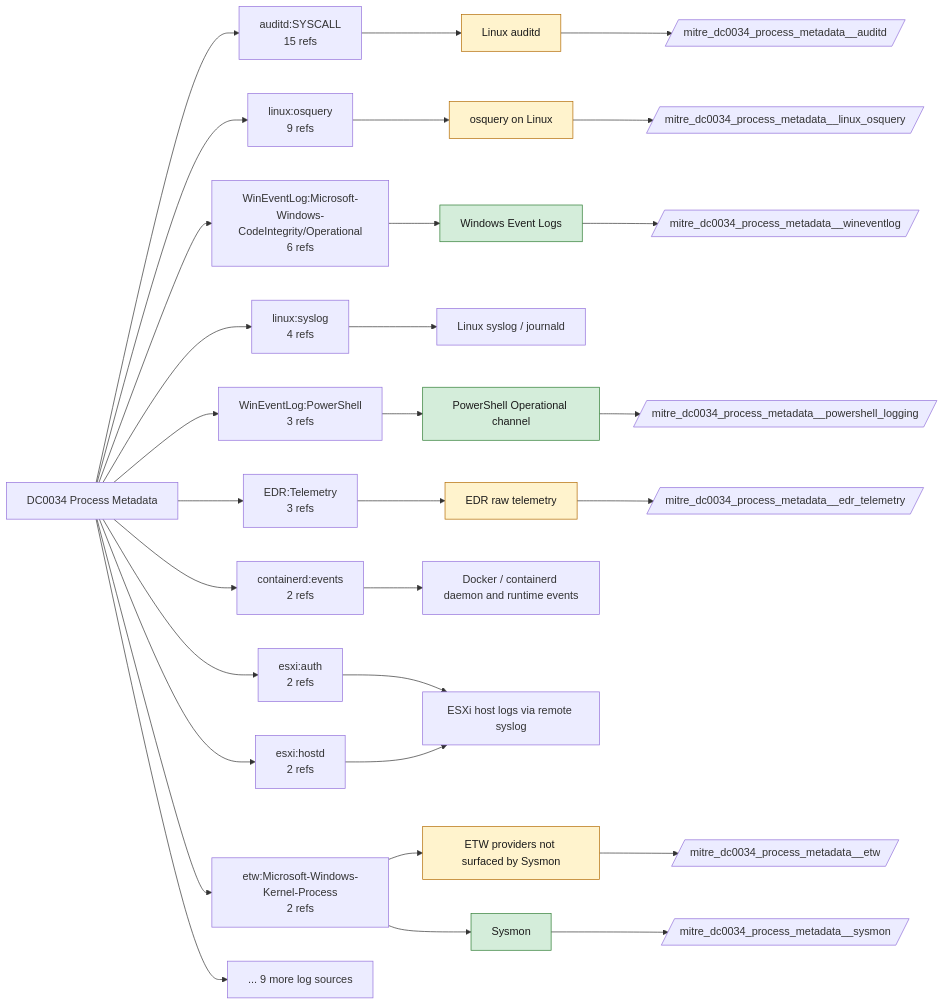
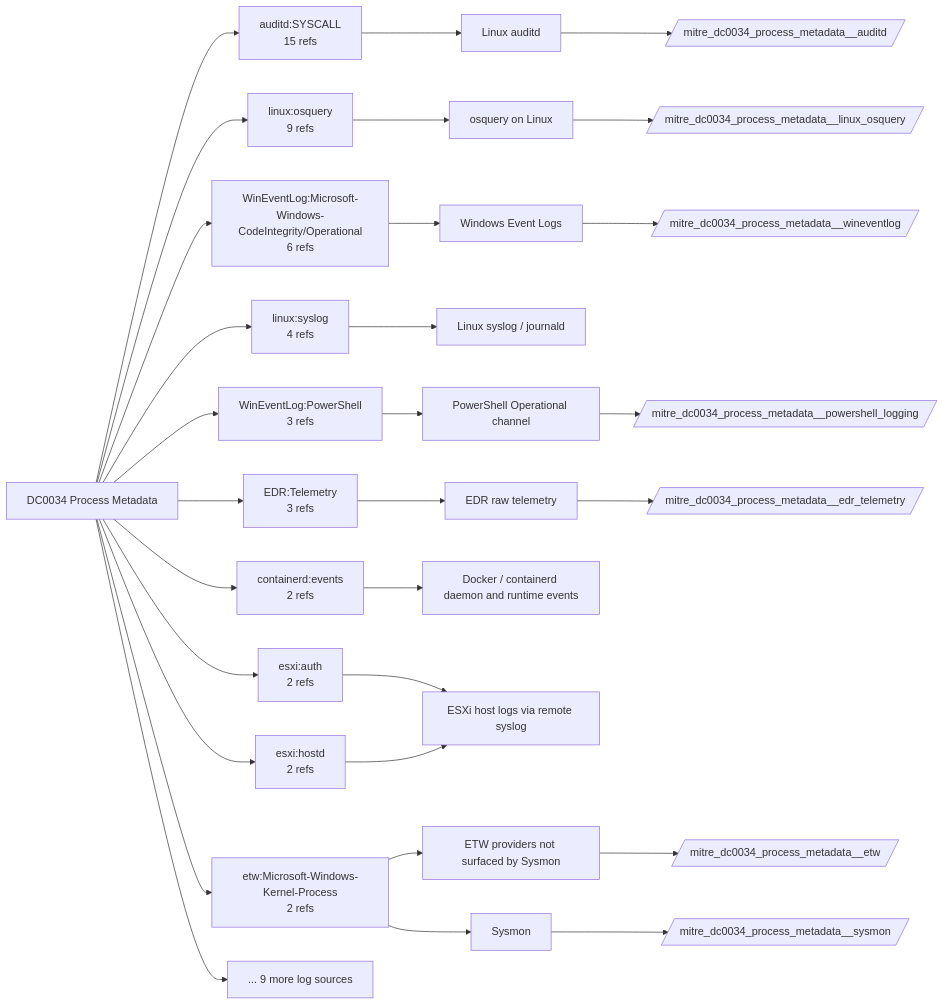
Before and after one commit to dev-nobytes-io/mitre-defensive-mappings-spl: the diagram in docs/data-components/DC0034-process-metadata.md, drawn with Mermaid. The commit also changed other lines of this file and 366 other files, not shown here.

````diff
--- a/docs/data-components/DC0034-process-metadata.md
+++ b/docs/data-components/DC0034-process-metadata.md
@@ -19,52 +19,43 @@
 ```mermaid
 flowchart LR
   DC["DC0034 Process Metadata"]
   DC --> LS0["auditd:SYSCALL<br/>15 refs"]
   F_auditd["Linux auditd"]
   LS0 --> F_auditd
   DC --> LS1["linux:osquery<br/>9 refs"]
   F_linux_osquery["osquery on Linux"]
   LS1 --> F_linux_osquery
   DC --> LS2["WinEventLog:Microsoft-Windows-CodeIntegrity/Operational<br/>6 refs"]
   F_wineventlog["Windows Event Logs"]
   LS2 --> F_wineventlog
   DC --> LS3["linux:syslog<br/>4 refs"]
   F_linux_syslog["Linux syslog / journald"]
   LS3 --> F_linux_syslog
   DC --> LS4["WinEventLog:PowerShell<br/>3 refs"]
   F_powershell_logging["PowerShell Operational channel"]
   LS4 --> F_powershell_logging
   DC --> LS5["EDR:Telemetry<br/>3 refs"]
   F_edr_telemetry["EDR raw telemetry"]
   LS5 --> F_edr_telemetry
   DC --> LS6["containerd:events<br/>2 refs"]
   F_container_runtime["Docker / containerd daemon and runtime events"]
   LS6 --> F_container_runtime
   DC --> LS7["esxi:auth<br/>2 refs"]
   F_esxi_syslog["ESXi host logs via remote syslog"]
   LS7 --> F_esxi_syslog
   DC --> LS8["esxi:hostd<br/>2 refs"]
   LS8 --> F_esxi_syslog
   DC --> LS9["etw:Microsoft-Windows-Kernel-Process<br/>2 refs"]
   F_etw["ETW providers not surfaced by Sysmon"]
   LS9 --> F_etw
   F_sysmon["Sysmon"]
   LS9 --> F_sysmon
   DC --> MORE["... 9 more log sources"]
+  F_auditd --> ET_auditd[/"mitre_dc0034_process_metadata__auditd"/]
+  F_edr_telemetry --> ET_edr_telemetry[/"mitre_dc0034_process_metadata__edr_telemetry"/]
+  F_etw --> ET_etw[/"mitre_dc0034_process_metadata__etw"/]
+  F_linux_osquery --> ET_linux_osquery[/"mitre_dc0034_process_metadata__linux_osquery"/]
   F_powershell_logging --> ET_powershell_logging[/"mitre_dc0034_process_metadata__powershell_logging"/]
-  class F_powershell_logging live
   F_sysmon --> ET_sysmon[/"mitre_dc0034_process_metadata__sysmon"/]
-  class F_sysmon live
   F_wineventlog --> ET_wineventlog[/"mitre_dc0034_process_metadata__wineventlog"/]
-  class F_wineventlog live
-  F_auditd --> ET_auditd[/"mitre_dc0034_process_metadata__auditd"/]
-  class F_auditd ready
-  F_edr_telemetry --> ET_edr_telemetry[/"mitre_dc0034_process_metadata__edr_telemetry"/]
-  class F_edr_telemetry ready
-  F_etw --> ET_etw[/"mitre_dc0034_process_metadata__etw"/]
-  class F_etw ready
-  F_linux_osquery --> ET_linux_osquery[/"mitre_dc0034_process_metadata__linux_osquery"/]
-  class F_linux_osquery ready
-  classDef live fill:#d4edda,stroke:#2e7d32,color:#1b1b1b
-  classDef ready fill:#fff3cd,stroke:#b26a00,color:#1b1b1b
 ```
````
